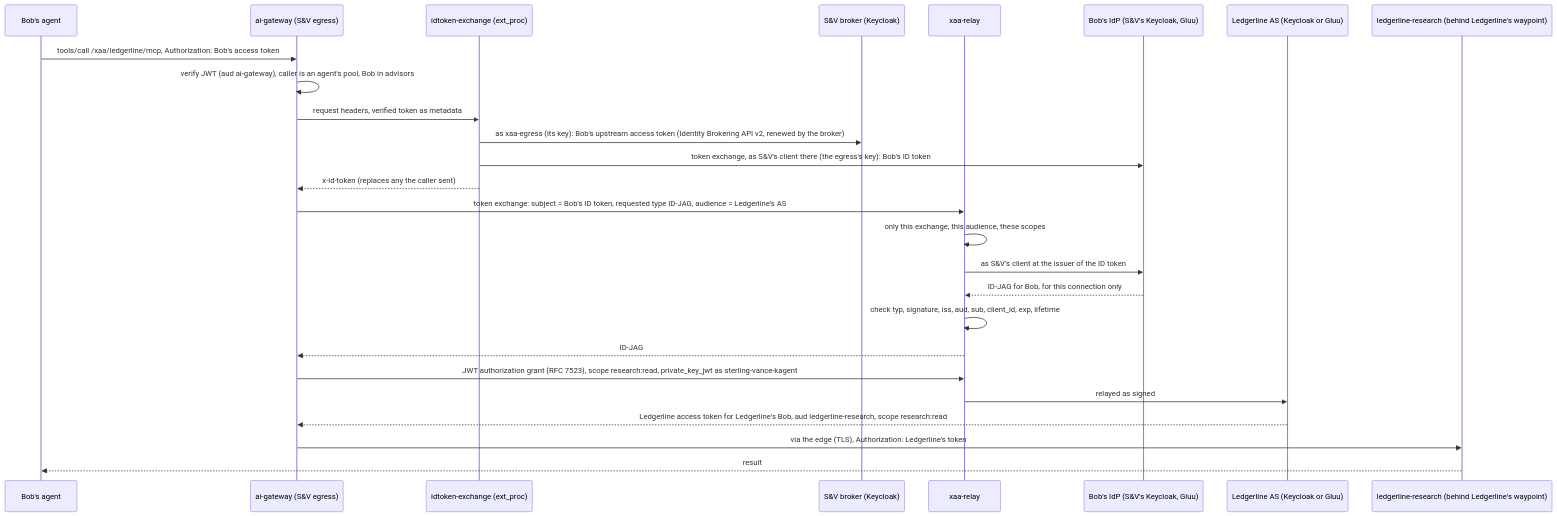
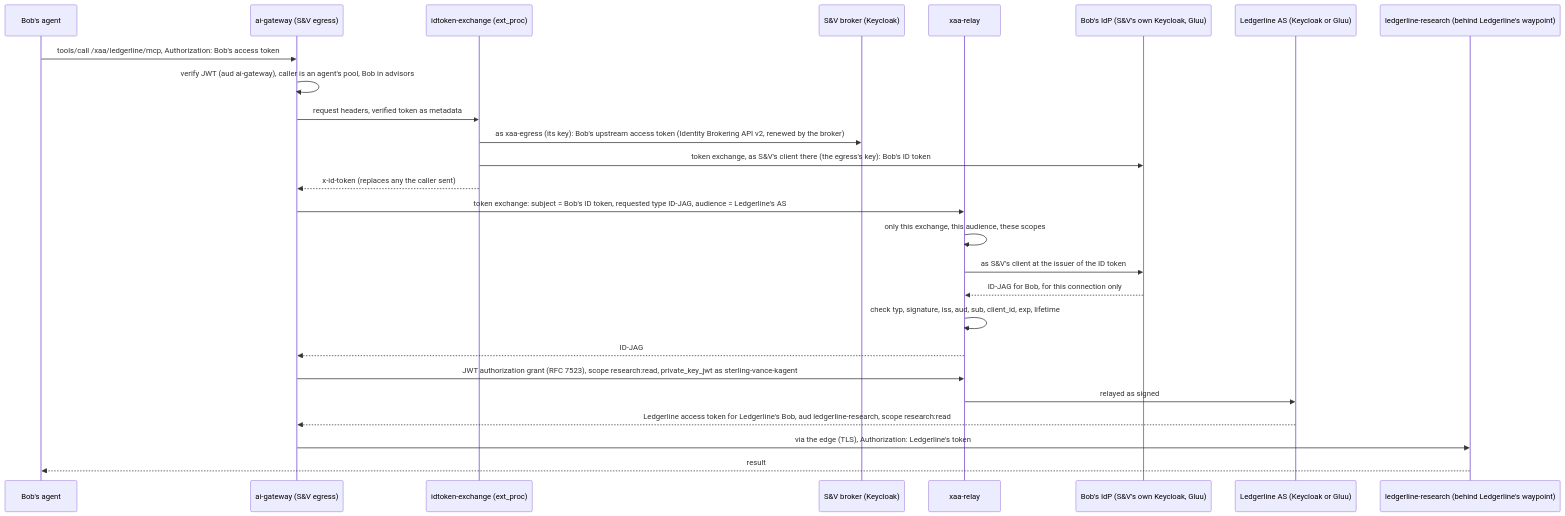
Before and after one commit to nickgamb/solo-lab: the second of 3 diagrams in docs/IDENTITY-FLOWS.md, drawn with Mermaid. The commit also changed other lines of this file and 118 other files, not shown here.

````diff
--- a/docs/IDENTITY-FLOWS.md
+++ b/docs/IDENTITY-FLOWS.md
@@ -150,28 +151,28 @@
 ```mermaid
 sequenceDiagram
   participant A as Bob's agent
   participant G as ai-gateway (S&V egress)
   participant X as idtoken-exchange (ext_proc)
   participant K as S&V broker (Keycloak)
   participant R as xaa-relay
-  participant E as Bob's IdP (S&V's Keycloak, Gluu)
+  participant E as Bob's IdP (S&V's own Keycloak, Gluu)
   participant L as Ledgerline AS (Keycloak or Gluu)
   participant M as ledgerline-research (behind Ledgerline's waypoint)
   A->>G: tools/call /xaa/ledgerline/mcp, Authorization: Bob's access token
   G->>G: verify JWT (aud ai-gateway), caller is an agent's pool, Bob in advisors
   G->>X: request headers, verified token as metadata
   X->>K: as xaa-egress (its key): Bob's upstream access token (Identity Brokering API v2, renewed by the broker)
   X->>E: token exchange, as S&V's client there (the egress's key): Bob's ID token
   X-->>G: x-id-token (replaces any the caller sent)
   G->>R: token exchange: subject = Bob's ID token, requested type ID-JAG, audience = Ledgerline's AS
   R->>R: only this exchange, this audience, these scopes
   R->>E: as S&V's client at the issuer of the ID token
   E-->>R: ID-JAG for Bob, for this connection only
   R->>R: check typ, signature, iss, aud, sub, client_id, exp, lifetime
   R-->>G: ID-JAG
   G->>R: JWT authorization grant (RFC 7523), scope research:read, private_key_jwt as sterling-vance-kagent
   R->>L: relayed as signed
   L-->>G: Ledgerline access token for Ledgerline's Bob, aud ledgerline-research, scope research:read
   G->>M: via the edge (TLS), Authorization: Ledgerline's token
   M-->>A: result
 ```
````
